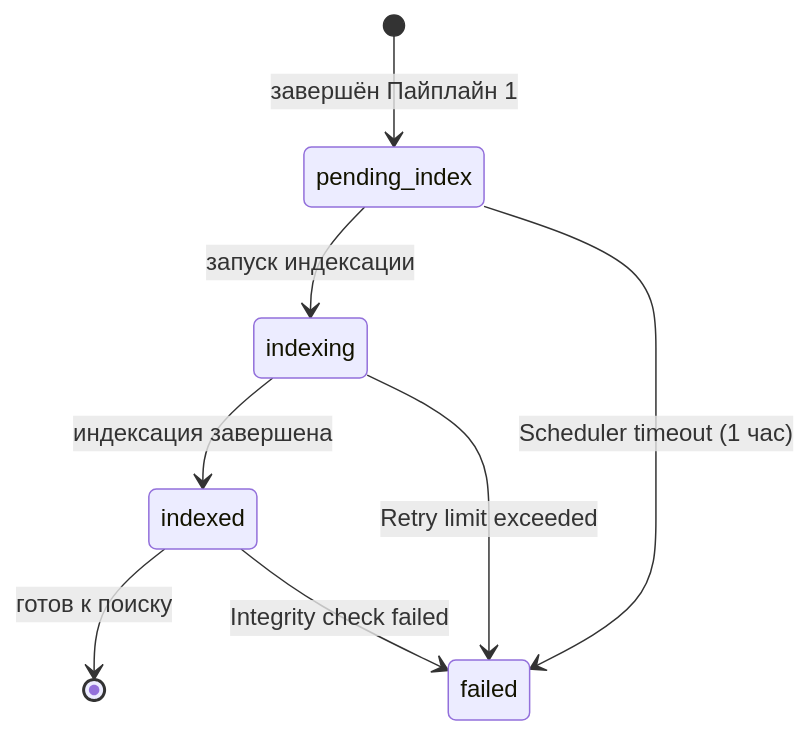
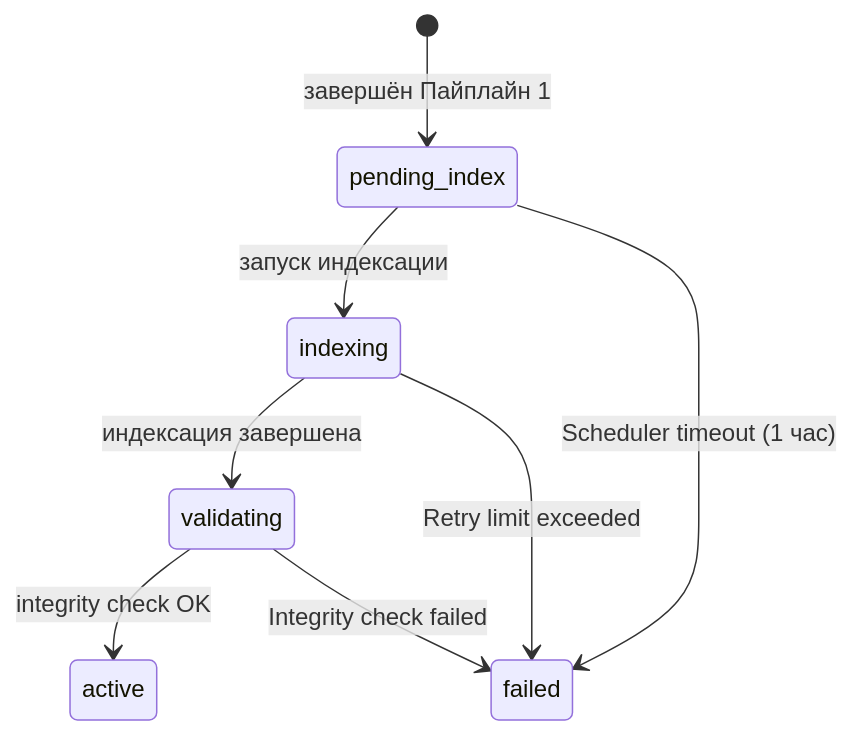
The second of 3 diagrams in backend/orchestrator_service/docs/pipelines/pipeline2-indexation.md (MasterKSAF/PKB), drawn with Mermaid before and after one commit. The commit also changed other lines of this file and 16 other files, not shown here.

````diff
--- a/backend/orchestrator_service/docs/pipelines/pipeline2-indexation.md
+++ b/backend/orchestrator_service/docs/pipelines/pipeline2-indexation.md
@@ -114,10 +114,10 @@
 ```mermaid
 stateDiagram-v2
     [*] --> pending_index : завершён Пайплайн 1
     pending_index --> indexing : запуск индексации
-    indexing --> indexed : индексация завершена
-    indexed --> [*] : готов к поиску
+    indexing --> validating : индексация завершена
+    validating --> active : integrity check OK
     pending_index --> failed : Scheduler timeout (1 час)
     indexing --> failed : Retry limit exceeded
-    indexed --> failed : Integrity check failed
+    validating --> failed : Integrity check failed
 ```
````
